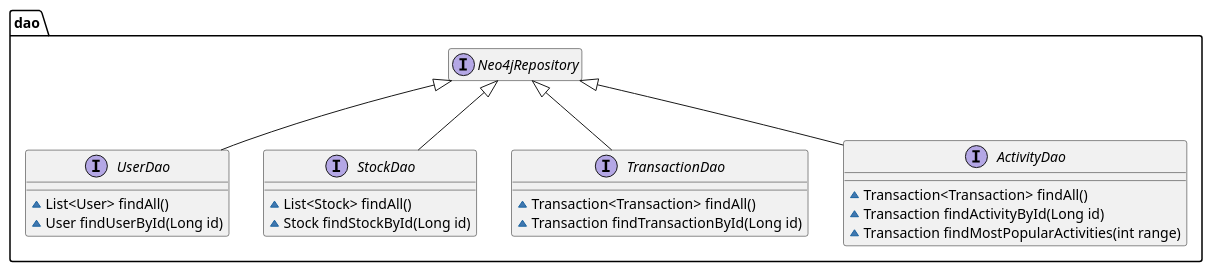
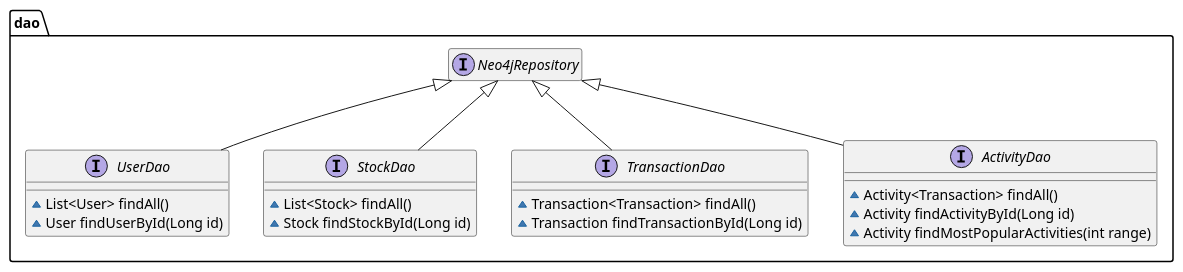
Before and after one commit to DPigeon/Money-Tree: the diagram in backend/diagram/class/DaoPackage.puml, drawn with PlantUML. The commit also changed 1 other file, not shown here.

Commit message:
Issue #63: fixing return type activity Dao

```diff
--- a/backend/diagram/class/DaoPackage.puml
+++ b/backend/diagram/class/DaoPackage.puml
@@ -1,29 +1,29 @@
 @startuml
 
 package dao {
     interface UserDao extends Neo4jRepository {
         ~List<User> findAll()
         ~User findUserById(Long id)
     }
 
     interface StockDao extends Neo4jRepository {
         ~List<Stock> findAll()
         ~Stock findStockById(Long id)
     }
 
     interface TransactionDao extends Neo4jRepository {
         ~Transaction<Transaction> findAll()
         ~Transaction findTransactionById(Long id)
     }
 
     interface ActivityDao extends Neo4jRepository {
-        ~Transaction<Transaction> findAll()
-        ~Transaction findActivityById(Long id)
-        ~Transaction findMostPopularActivities(int range)
+        ~Activity<Transaction> findAll()
+        ~Activity findActivityById(Long id)
+        ~Activity findMostPopularActivities(int range)
     }
 
     hide Neo4jRepository methods
     hide Neo4jRepository fields
 }
 
 @enduml
```
